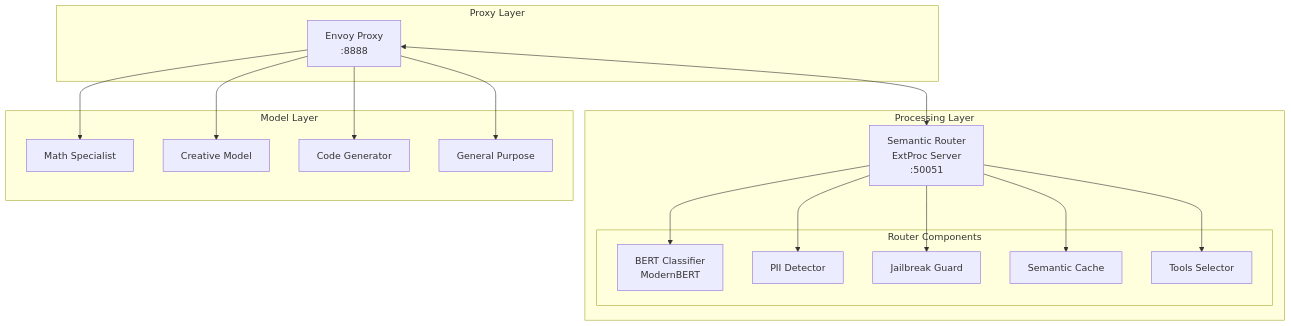
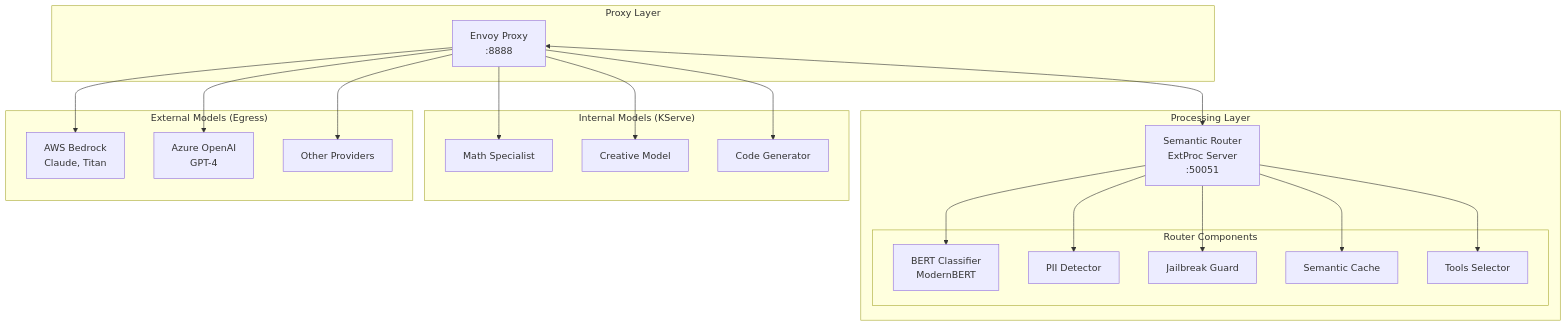
One commit to noyitz/maas-designs changed the second of 9 diagrams in vsr-maas-integration/phase-1-design-v1.2.md. Above: the diagram before and after it, drawn with Mermaid. The commit also changed other lines of this file, not shown here.

First line of the commit message:
Add egress and external model support to Phase 1 design

````diff
--- a/vsr-maas-integration/phase-1-design-v1.2.md
+++ b/vsr-maas-integration/phase-1-design-v1.2.md
@@ -92,37 +95,44 @@
 ```mermaid
 graph TB
     subgraph "Proxy Layer"
         Envoy[Envoy Proxy<br/>:8888]
     end
 
     subgraph "Processing Layer"
         ExtProc[Semantic Router<br/>ExtProc Server<br/>:50051]
 
         subgraph "Router Components"
             Classifier[BERT Classifier<br/>ModernBERT]
             PIIDetector[PII Detector]
             JailbreakGuard[Jailbreak Guard]
             Cache[Semantic Cache]
             ToolsSelector[Tools Selector]
         end
     end
 
-    subgraph "Model Layer"
+    subgraph "Internal Models (KServe)"
         Model1[Math Specialist]
         Model2[Creative Model]
         Model3[Code Generator]
-        ModelN[General Purpose]
+    end
+
+    subgraph "External Models (Egress)"
+        Bedrock[AWS Bedrock<br/>Claude, Titan]
+        AzureOAI[Azure OpenAI<br/>GPT-4]
+        ExtAPI[Other Providers]
     end
 
     Envoy <--> ExtProc
     ExtProc --> Classifier
     ExtProc --> PIIDetector
     ExtProc --> JailbreakGuard
     ExtProc --> Cache
     ExtProc --> ToolsSelector
 
     Envoy --> Model1
     Envoy --> Model2
     Envoy --> Model3
-    Envoy --> ModelN
+    Envoy --> Bedrock
+    Envoy --> AzureOAI
+    Envoy --> ExtAPI
 ```
````
